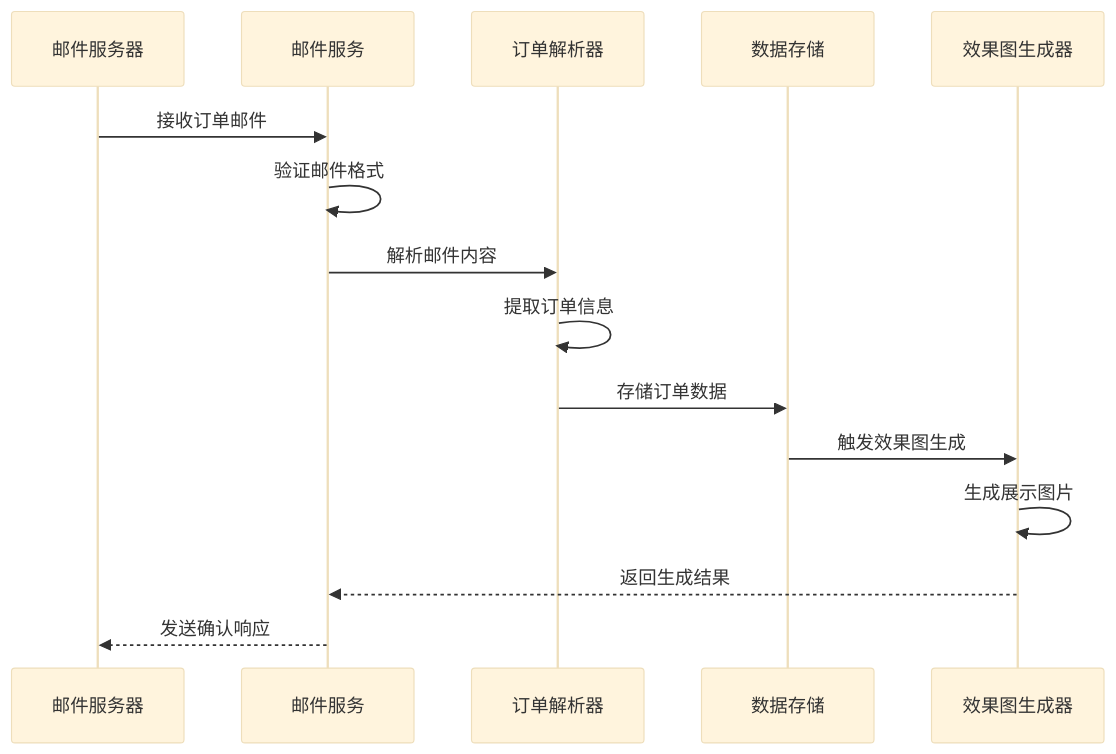
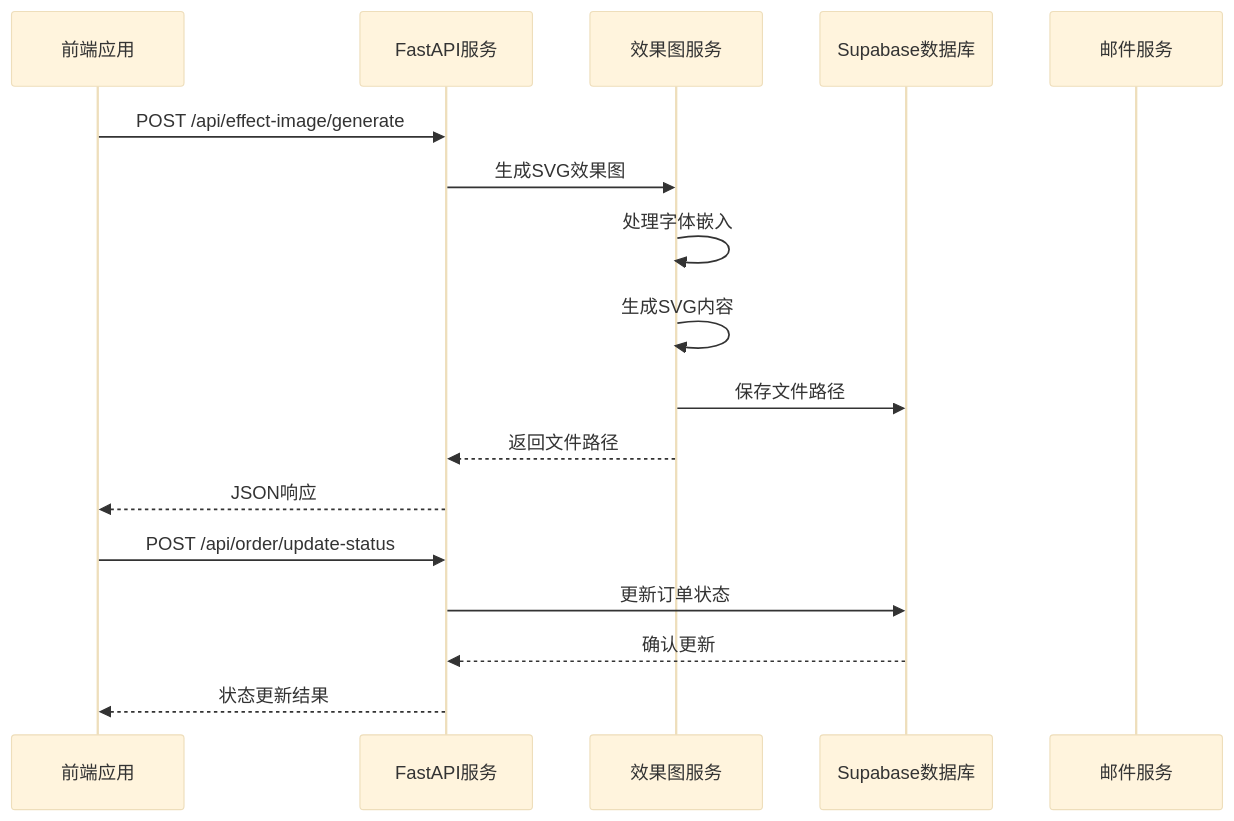
Before and after one commit to SY6621/POD-Order-Management: the third of 13 diagrams in .qoder/repowiki/zh/content/项目概述.md, drawn with Mermaid (base theme). The commit also changed other lines of this file and 98 other files, not shown here.

````diff
--- a/.qoder/repowiki/zh/content/项目概述.md
+++ b/.qoder/repowiki/zh/content/项目概述.md
@@ -100,17 +180,19 @@
 ```mermaid
 sequenceDiagram
-participant EmailServer as 邮件服务器
+participant Frontend as 前端应用
+participant FastAPI as FastAPI服务
+participant EffectService as 效果图服务
+participant Supabase as Supabase数据库
 participant EmailService as 邮件服务
-participant Parser as 订单解析器
-participant Storage as 数据存储
-participant Generator as 效果图生成器
-EmailServer->>EmailService : 接收订单邮件
-EmailService->>EmailService : 验证邮件格式
-EmailService->>Parser : 解析邮件内容
-Parser->>Parser : 提取订单信息
-Parser->>Storage : 存储订单数据
-Storage->>Generator : 触发效果图生成
-Generator->>Generator : 生成展示图片
-Generator-->>EmailService : 返回生成结果
-EmailService-->>EmailServer : 发送确认响应
+Frontend->>FastAPI : POST /api/effect-image/generate
+FastAPI->>EffectService : 生成SVG效果图
+EffectService->>EffectService : 处理字体嵌入
+EffectService->>EffectService : 生成SVG内容
+EffectService->>Supabase : 保存文件路径
+EffectService-->>FastAPI : 返回文件路径
+FastAPI-->>Frontend : JSON响应
+Frontend->>FastAPI : POST /api/order/update-status
+FastAPI->>Supabase : 更新订单状态
+Supabase-->>FastAPI : 确认更新
+FastAPI-->>Frontend : 状态更新结果
 ```
````
